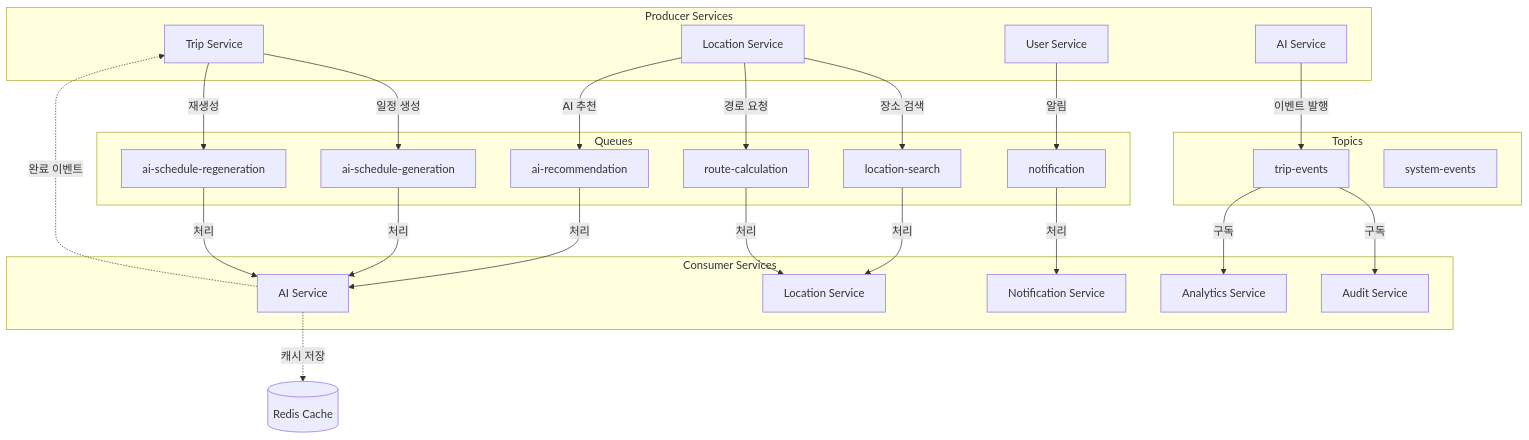
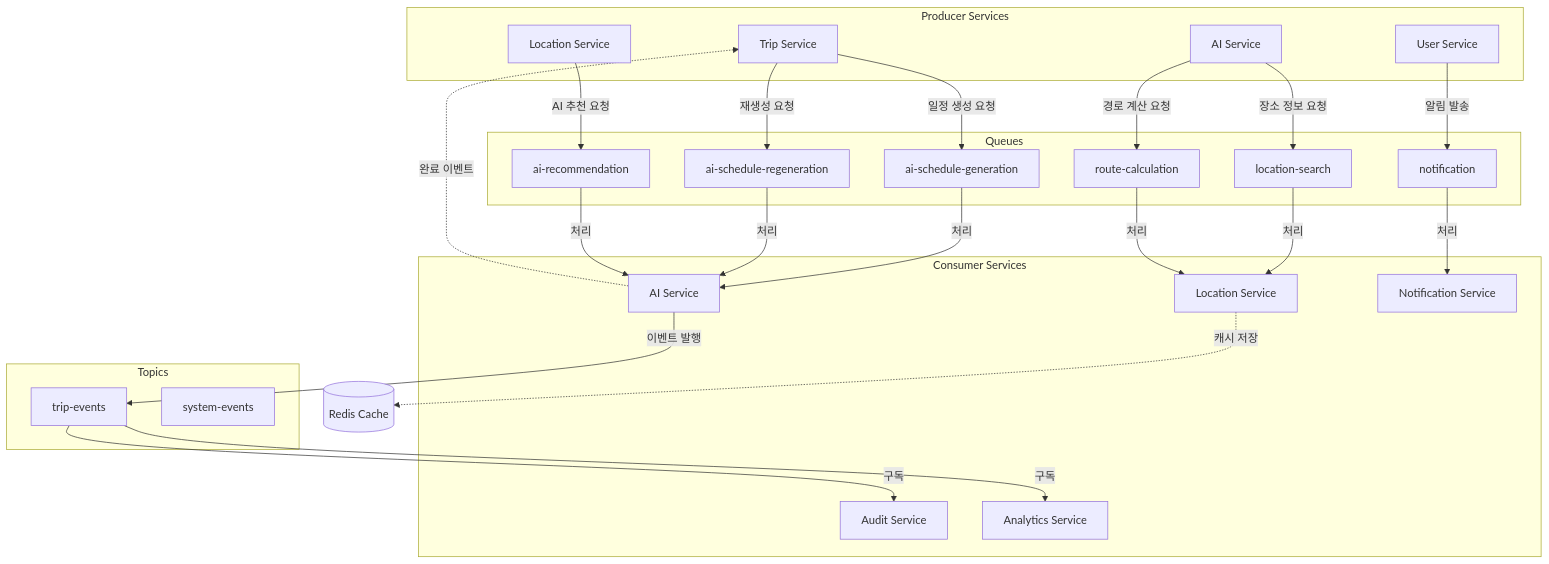
The diagram in develop/mq/mq-plan-prod.md (cna-bootcamp/tripgen), drawn with Mermaid before and after one commit. The commit also changed other lines of this file and 1 other file, not shown here.

Commit message:
MQ 설치계획서 수정 - 서비스별 Producer/Consumer 역할 정정
- location-search, route-calculation 큐: AI Service가 Producer, Location Service가 Consumer
- AI 일정 생성 플로우에 따라 정확한 메시지 흐름 반영
- Mermaid 다이어그램 수정으로 시각적 명확성 향상
- 서비스별 역할 상세 설명 추가

````diff
--- a/develop/mq/mq-plan-prod.md
+++ b/develop/mq/mq-plan-prod.md
@@ -24,52 +24,52 @@
 ```mermaid
 graph TB
     subgraph "Producer Services"
         TS[Trip Service]
+        AI_P[AI Service]
         LS[Location Service]
         US[User Service]
-        AS[AI Service]
     end
     
     subgraph "Queues"
         Q1[ai-schedule-generation]
         Q2[ai-schedule-regeneration]
         Q3[location-search]
         Q4[route-calculation]
         Q5[ai-recommendation]
         Q6[notification]
     end
     
     subgraph "Topics"
         T1[trip-events]
         T2[system-events]
     end
     
     subgraph "Consumer Services"
-        AI[AI Service]
+        AI_C[AI Service]
         LSC[Location Service]
         NS[Notification Service]
         AUD[Audit Service]
         ANA[Analytics Service]
     end
     
-    TS -->|일정 생성| Q1
-    TS -->|재생성| Q2
-    LS -->|장소 검색| Q3
-    LS -->|경로 요청| Q4
-    LS -->|AI 추천| Q5
-    US -->|알림| Q6
+    TS -->|일정 생성 요청| Q1
+    TS -->|재생성 요청| Q2
+    AI_P -->|장소 정보 요청| Q3
+    AI_P -->|경로 계산 요청| Q4
+    LS -->|AI 추천 요청| Q5
+    US -->|알림 발송| Q6
     
-    Q1 -->|처리| AI
-    Q2 -->|처리| AI
+    Q1 -->|처리| AI_C
+    Q2 -->|처리| AI_C
     Q3 -->|처리| LSC
     Q4 -->|처리| LSC
-    Q5 -->|처리| AI
+    Q5 -->|처리| AI_C
     Q6 -->|처리| NS
     
-    AS -->|이벤트 발행| T1
+    AI_C -->|이벤트 발행| T1
     T1 -->|구독| AUD
     T1 -->|구독| ANA
     
-    AI -.->|완료 이벤트| TS
-    AI -.->|캐시 저장| Redis[(Redis Cache)]
+    AI_C -.->|완료 이벤트| TS
+    LSC -.->|캐시 저장| Redis[(Redis Cache)]
 ```
````
